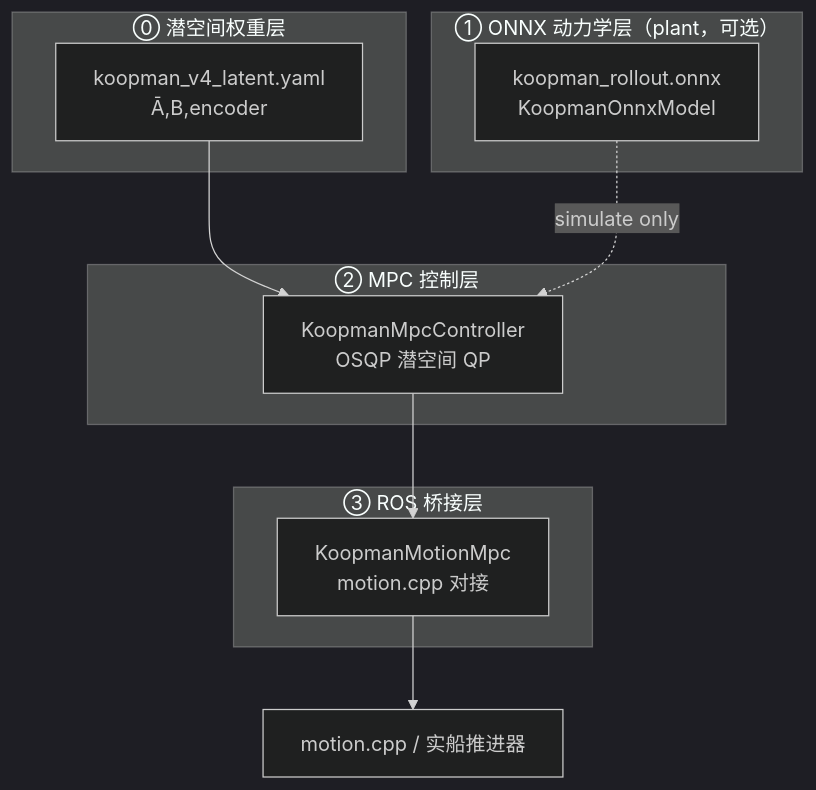
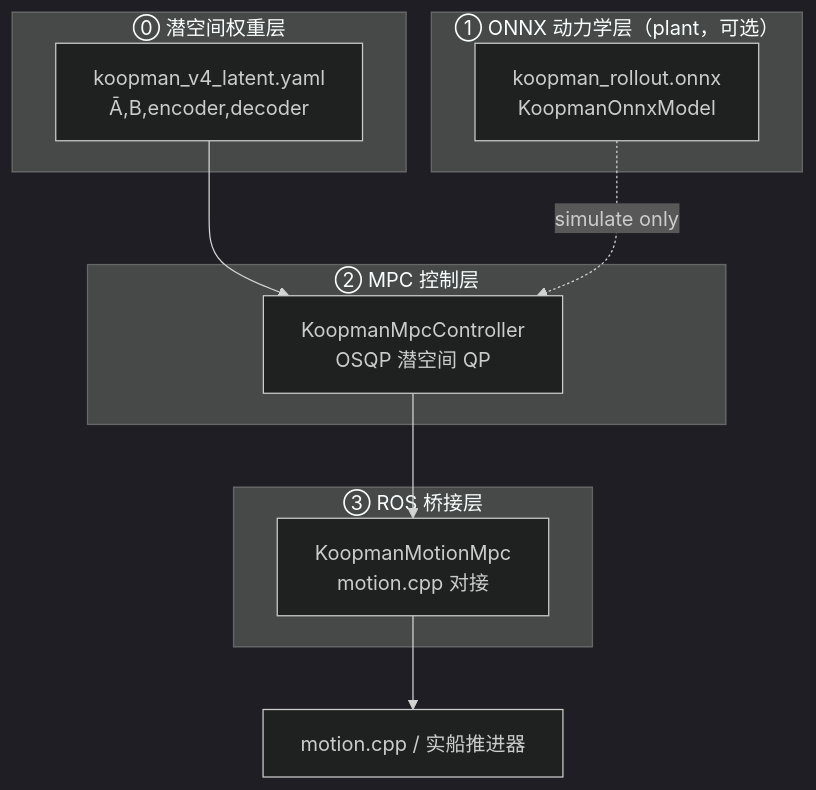
One commit to jimaka/koopman_control changed the first of 9 diagrams in cpp/koopman_control/模型输入输出接口说明.md. Above: the diagram before and after it, drawn with Mermaid (dark theme). The commit also changed other lines of this file and 5 other files, not shown here.

````diff
--- a/cpp/koopman_control/模型输入输出接口说明.md
+++ b/cpp/koopman_control/模型输入输出接口说明.md
@@ -13,23 +13,23 @@
 ```mermaid
 flowchart TB
     subgraph L0["⓪ 潜空间权重层"]
-        YAML["koopman_v4_latent.yaml<br/>Ā,B,encoder"]
+        YAML["koopman_v4_latent.yaml<br/>Ā,B,encoder,decoder"]
     end
 
     subgraph L1["① ONNX 动力学层（plant，可选）"]
         ONNX["koopman_rollout.onnx<br/>KoopmanOnnxModel"]
     end
 
     subgraph L2["② MPC 控制层"]
         MPC["KoopmanMpcController<br/>OSQP 潜空间 QP"]
     end
 
     subgraph L3["③ ROS 桥接层"]
         BR["KoopmanMotionMpc<br/>motion.cpp 对接"]
     end
 
     YAML --> MPC
     ONNX -.->|simulate only| MPC
     MPC --> BR
     BR --> SHIP["motion.cpp / 实船推进器"]
 ```
````
